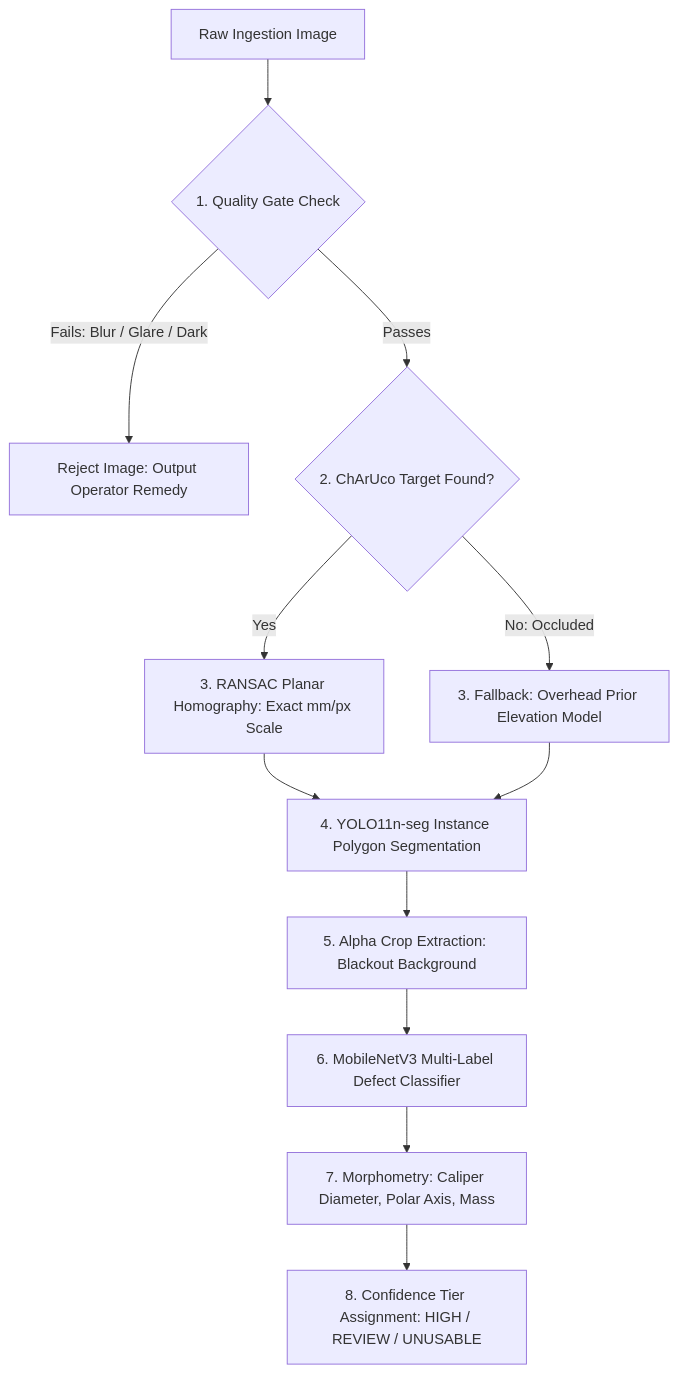
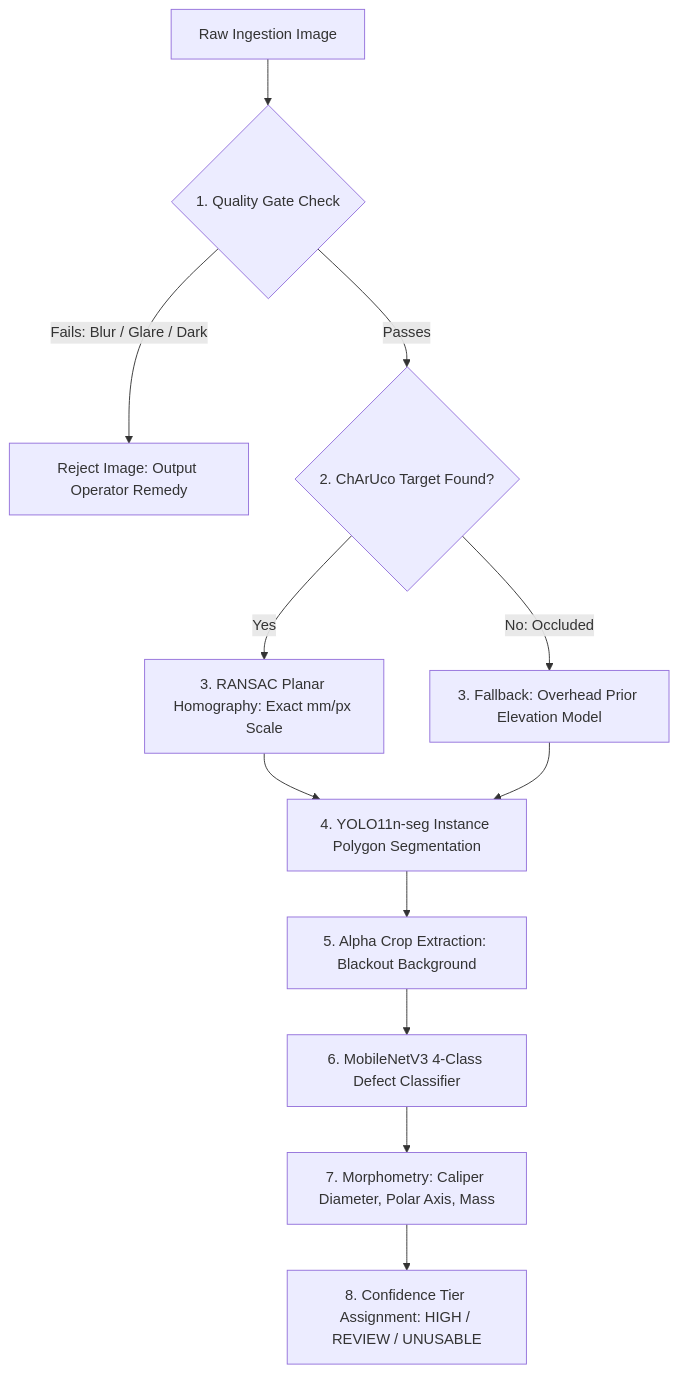
Before and after one commit to notUbaid/Cepa: the second of 3 diagrams in README.md, drawn with Mermaid. The commit also changed other lines of this file and 30 other files, not shown here.

Commit message:
fix(ml-eval): overhaul ML evaluation, standardize 4-class architecture, and harden test suite

````diff
--- a/README.md
+++ b/README.md
@@ -381,14 +387,14 @@
 ```mermaid
 flowchart TD
   RAW["Raw Ingestion Image"] --> QG{"1. Quality Gate Check"}
   QG -->|"Fails: Blur / Glare / Dark"| REJ["Reject Image: Output Operator Remedy"]
   QG -->|"Passes"| MK{"2. ChArUco Target Found?"}
   MK -->|"Yes"| HM["3. RANSAC Planar Homography: Exact mm/px Scale"]
   MK -->|"No: Occluded"| FB["3. Fallback: Overhead Prior Elevation Model"]
   HM --> YOLO["4. YOLO11n-seg Instance Polygon Segmentation"]
   FB --> YOLO
   YOLO --> CR["5. Alpha Crop Extraction: Blackout Background"]
-  CR --> MOB["6. MobileNetV3 Multi-Label Defect Classifier"]
+  CR --> MOB["6. MobileNetV3 4-Class Defect Classifier"]
   MOB --> MORPH["7. Morphometry: Caliper Diameter, Polar Axis, Mass"]
   MORPH --> CONF["8. Confidence Tier Assignment: HIGH / REVIEW / UNUSABLE"]
 ```
````
